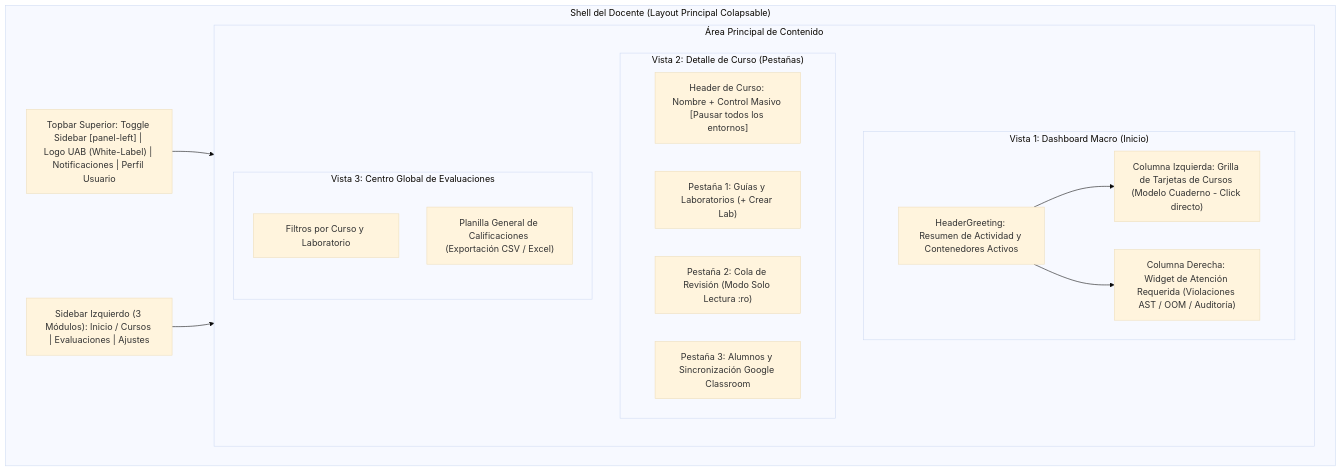
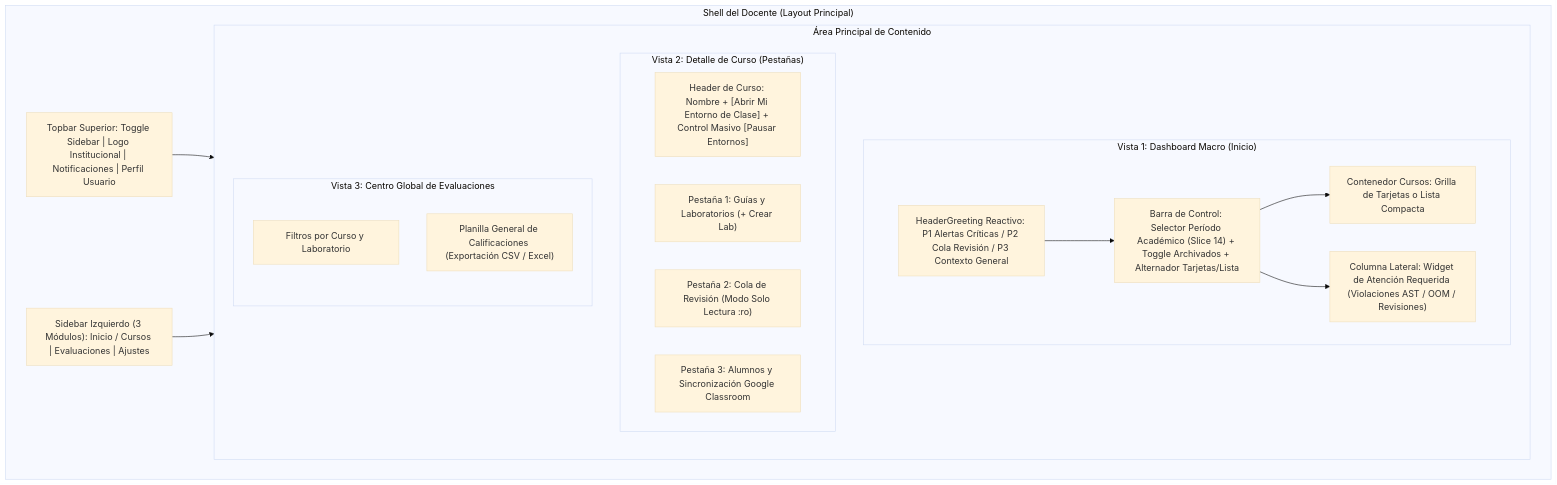
Before and after one commit to AlvaroRiveraCarhuani/SOLV_PG: the diagram in docs/UI/DOCENTE/DASHBOARD.md, drawn with Mermaid (base theme). The commit also changed other lines of this file and 23 other files, not shown here.

First line of the commit message:
feat(admin): implementar shell de administracion y base del dashboard de hardware

````diff
--- a/docs/UI/DOCENTE/DASHBOARD.md
+++ b/docs/UI/DOCENTE/DASHBOARD.md
@@ -11,32 +11,34 @@
 ```mermaid
 graph TD
-    subgraph ShellDocente ["Shell del Docente (Layout Principal Colapsable)"]
-        Topbar["Topbar Superior: Toggle Sidebar [panel-left] | Logo UAB (White-Label) | Notificaciones | Perfil Usuario"]
+    subgraph ShellDocente ["Shell del Docente (Layout Principal)"]
+        Topbar["Topbar Superior: Toggle Sidebar | Logo Institucional | Notificaciones | Perfil Usuario"]
         Sidebar["Sidebar Izquierdo (3 Módulos): Inicio / Cursos | Evaluaciones | Ajustes"]
         
         subgraph MainContent ["Área Principal de Contenido"]
             subgraph VistaDashboard ["Vista 1: Dashboard Macro (Inicio)"]
-                GreetingDocente["HeaderGreeting: Resumen de Actividad y Contenedores Activos"]
-                ColCursos["Columna Izquierda: Grilla de Tarjetas de Cursos (Modelo Cuaderno - Click directo)"]
-                ColAtencion["Columna Derecha: Widget de Atención Requerida (Violaciones AST / OOM / Auditoría)"]
+                GreetingDocente["HeaderGreeting Reactivo: P1 Alertas Críticas / P2 Cola Revisión / P3 Contexto General"]
+                FiltrosHeader["Barra de Control: Selector Período Académico (Slice 14) + Toggle Archivados + Alternador Tarjetas/Lista"]
+                ColCursos["Contenedor Cursos: Grilla de Tarjetas o Lista Compacta"]
+                ColAtencion["Columna Lateral: Widget de Atención Requerida (Violaciones AST / OOM / Revisiones)"]
             end
             
             subgraph VistaCursoDetail ["Vista 2: Detalle de Curso (Pestañas)"]
-                CursoHeader["Header de Curso: Nombre + Control Masivo [Pausar todos los entornos]"]
+                CursoHeader["Header de Curso: Nombre + [Abrir Mi Entorno de Clase] + Control Masivo [Pausar Entornos]"]
                 TabLabs["Pestaña 1: Guías y Laboratorios (+ Crear Lab)"]
                 TabRevision["Pestaña 2: Cola de Revisión (Modo Solo Lectura :ro)"]
                 TabAlumnos["Pestaña 3: Alumnos y Sincronización Google Classroom"]
             end
 
             subgraph VistaEvaluaciones ["Vista 3: Centro Global de Evaluaciones"]
                 FiltrosEval["Filtros por Curso y Laboratorio"]
                 MatrizNotas["Planilla General de Calificaciones (Exportación CSV / Excel)"]
             end
         end
     end
 
     Topbar --> MainContent
     Sidebar --> MainContent
-    GreetingDocente --> ColCursos
-    GreetingDocente --> ColAtencion
+    GreetingDocente --> FiltrosHeader
+    FiltrosHeader --> ColCursos
+    FiltrosHeader --> ColAtencion
 ```
````
